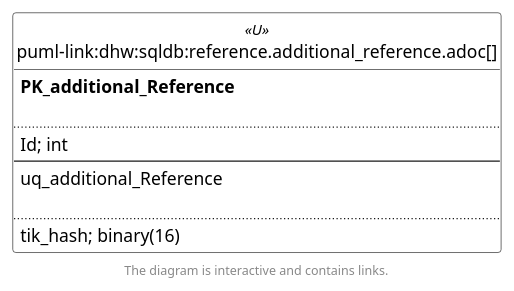
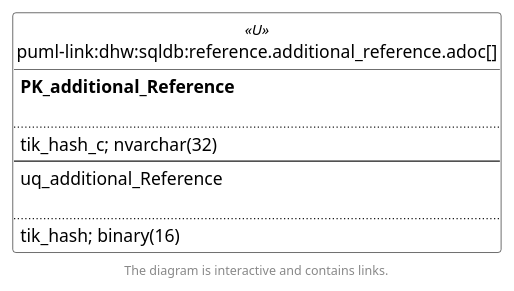
Before and after one commit to DataHandwerk/dhw-antora-sqldb: the second of 6 diagrams in docs/modules/sqldb/partials/content/reference.additional_reference.adoc, drawn with PlantUML. The commit also changed other lines of this file and 751 other files, not shown here.

```diff
--- a/docs/modules/sqldb/partials/content/reference.additional_reference.adoc
+++ b/docs/modules/sqldb/partials/content/reference.additional_reference.adoc
@@ -1021,48 +1091,48 @@
 [plantuml, entity_1_1_fk-{docname}, svg, subs=macros]
 ....
 @startuml
 left to right direction
 'top to bottom direction
 hide circle
 'avoide "." issues:
 set namespaceSeparator none
 
 
 skinparam class {
   BackgroundColor White
   BackgroundColor<<FN>> Yellow
   BackgroundColor<<FS>> Yellow
   BackgroundColor<<FT>> LightGray
   BackgroundColor<<IF>> Yellow
   BackgroundColor<<IS>> Yellow
   BackgroundColor<<P>>  Aqua
   BackgroundColor<<PC>> Aqua
   BackgroundColor<<SN>> Yellow
   BackgroundColor<<SO>> SlateBlue
   BackgroundColor<<TF>> LightGray
   BackgroundColor<<TR>> Tomato
   BackgroundColor<<U>>  White
   BackgroundColor<<V>>  WhiteSmoke
   BackgroundColor<<X>>  Aqua
   BackgroundColor<<external>> AliceBlue
 }
 
 
 entity "puml-link:dhw:sqldb:reference.additional_reference.adoc[]" as reference.additional_Reference << U >> {
 **PK_additional_Reference**
 
 ..
-Id; int
+tik_hash_c; nvarchar(32)
 --
 uq_additional_Reference
 
 ..
 tik_hash; binary(16)
 }
 
 
 
 footer The diagram is interactive and contains links.
 
 @enduml
 ....
```
